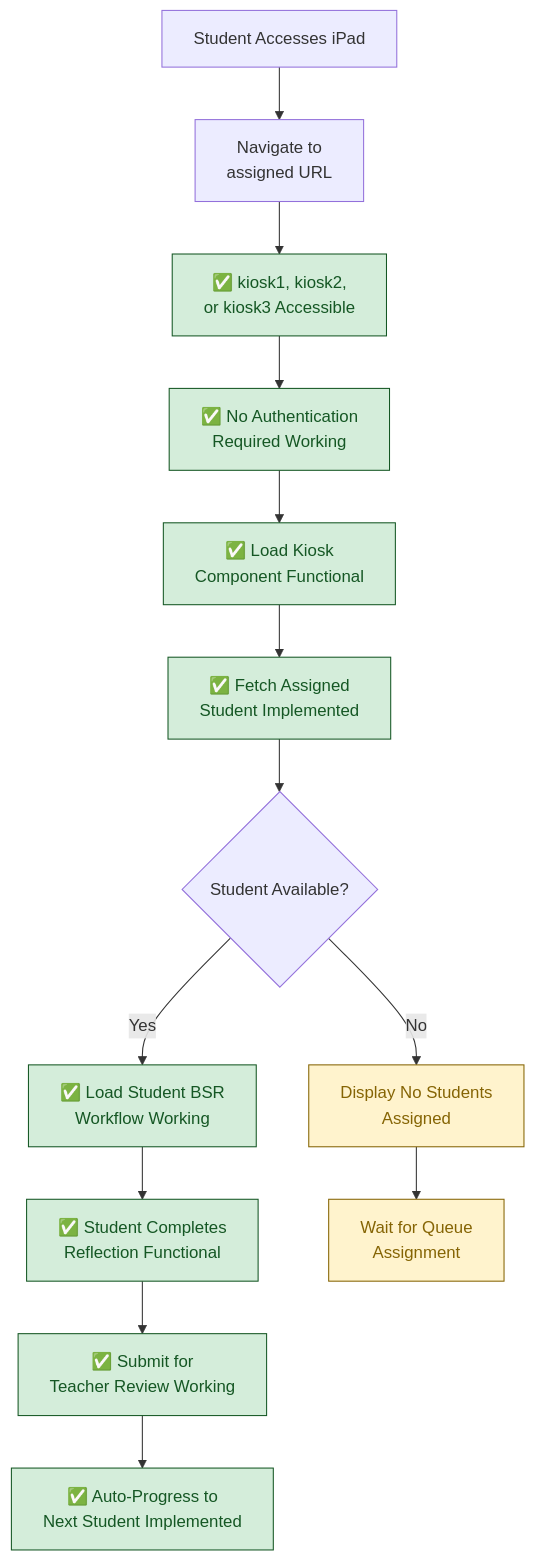
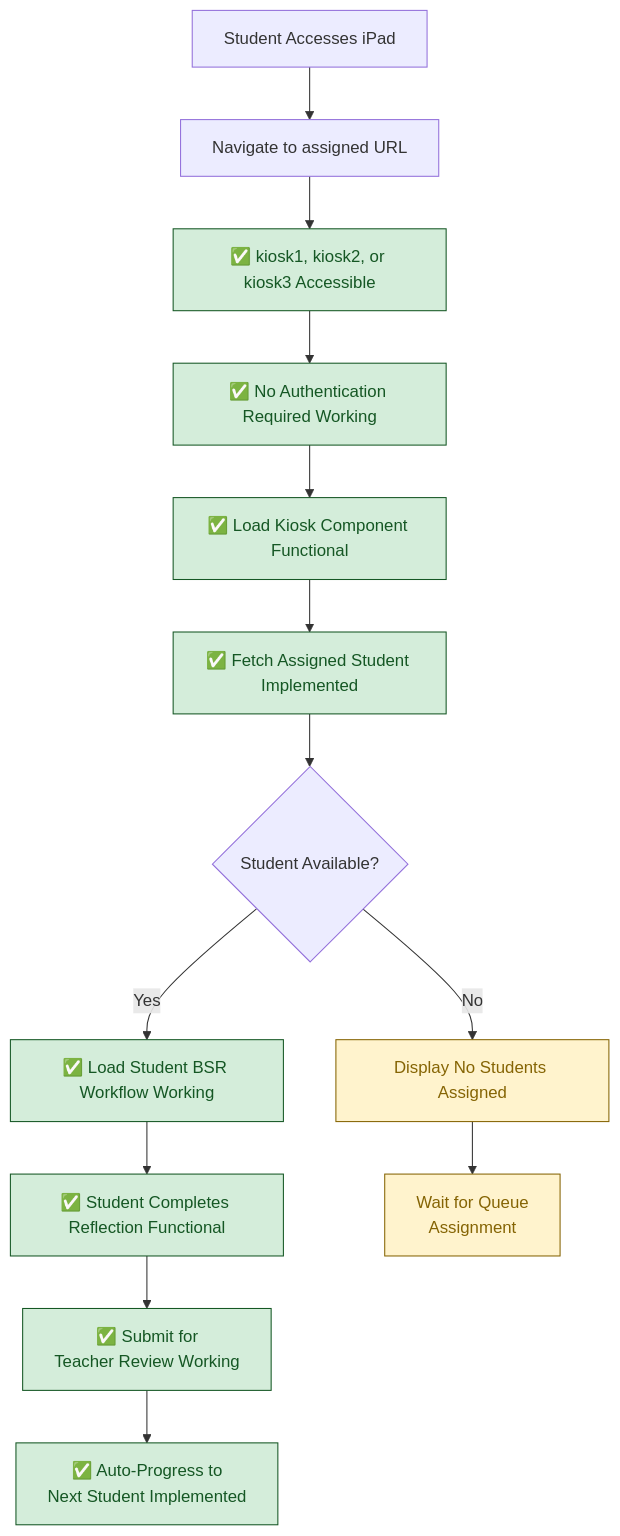
One commit to Splurfa/bx-os changed the second of 5 diagrams in docs/flowcharts/Current-State/02-current-kiosk-system-complete.md. Above: the diagram before and after it, drawn with Mermaid. The commit also changed other lines of this file and 7 other files, not shown here.

Commit message:
Fix Mermaid text wrapping

````diff
--- a/docs/flowcharts/Current-State/02-current-kiosk-system-complete.md
+++ b/docs/flowcharts/Current-State/02-current-kiosk-system-complete.md
@@ -37,25 +37,25 @@
 ```mermaid
 flowchart TD
-    A[Student Accesses iPad] --> B[Navigate to<br/>assigned URL]
-    B --> C[✅ kiosk1, kiosk2,<br/>or kiosk3 Accessible]
-    C --> D[✅ No Authentication<br/>Required Working]
+    A["`Student Accesses iPad`"] --> B["`Navigate to assigned URL`"]
+    B --> C["`✅ kiosk1, kiosk2, or kiosk3 Accessible`"]
+    C --> D["`✅ No Authentication Required Working`"]
     
-    D --> E[✅ Load Kiosk<br/>Component Functional]
-    E --> F[✅ Fetch Assigned<br/>Student Implemented]
-    F --> G{Student Available?}
+    D --> E["`✅ Load Kiosk Component Functional`"]
+    E --> F["`✅ Fetch Assigned Student Implemented`"]
+    F --> G{"`Student Available?`"}
     
-    G -->|Yes| H[✅ Load Student BSR<br/>Workflow Working]
-    G -->|No| I[Display No Students<br/>Assigned]
+    G -->|Yes| H["`✅ Load Student BSR Workflow Working`"]
+    G -->|No| I["`Display No Students Assigned`"]
     
-    H --> J[✅ Student Completes<br/>Reflection Functional]
+    H --> J["`✅ Student Completes Reflection Functional`"]
     J --> K[✅ Submit for<br/>Teacher Review Working]
     K --> L[✅ Auto-Progress to<br/>Next Student Implemented]
     
     I --> M[Wait for Queue<br/>Assignment]
     
     classDef working fill:#d4edda,stroke:#155724,color:#155724
     classDef ready fill:#fff3cd,stroke:#856404,color:#856404
     
     class C,D,E,F,H,J,K,L working
     class I,M ready
 ```
````
